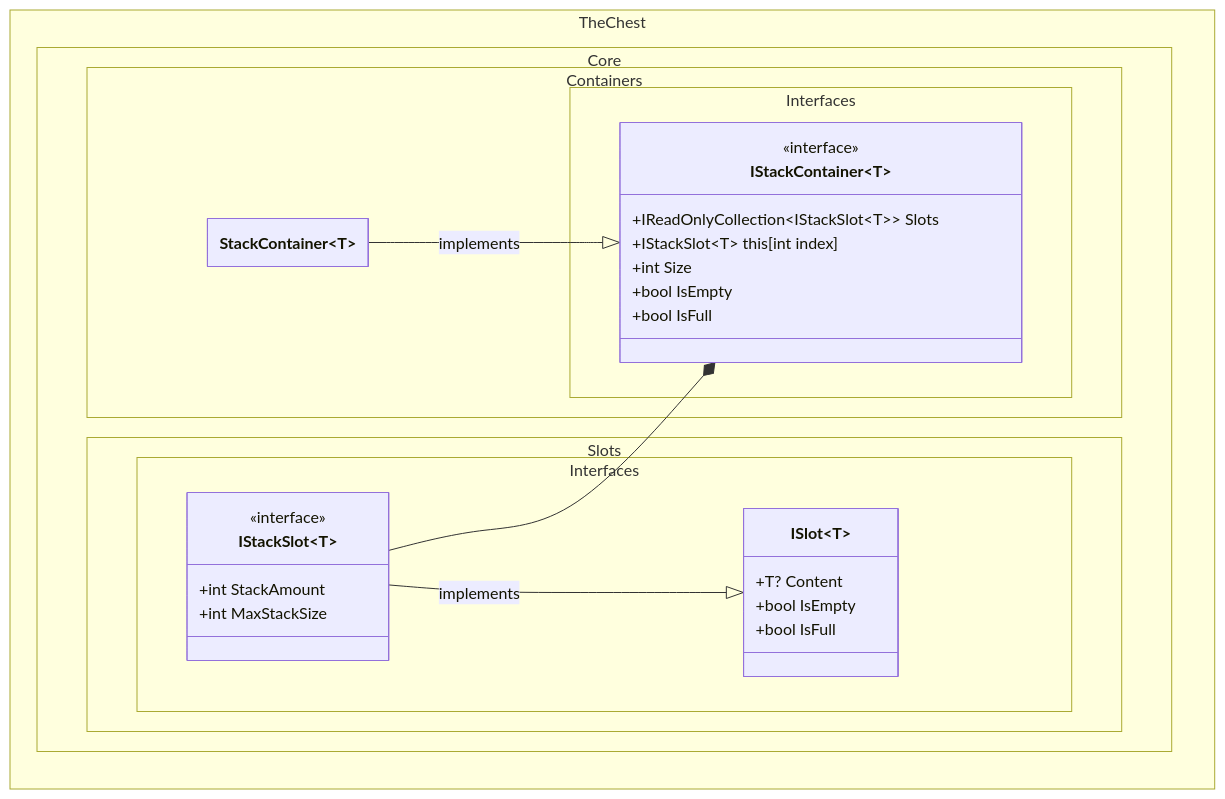
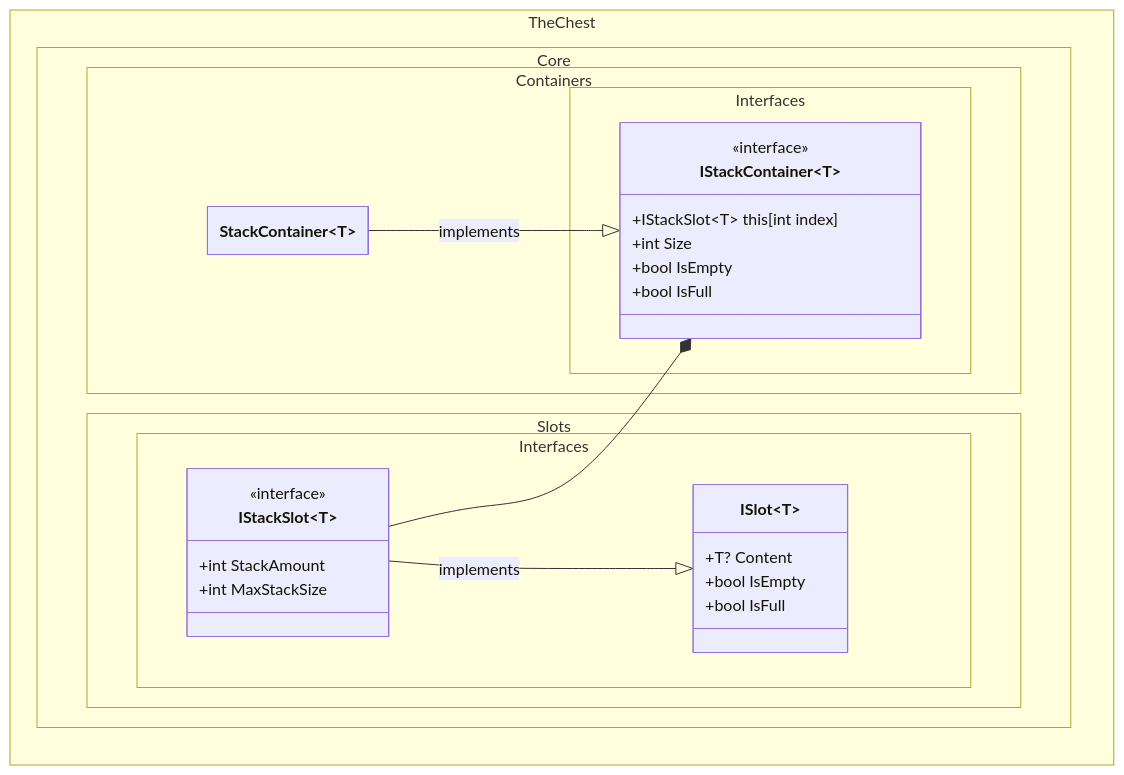
Before and after one commit to The-Chest/TheChest.Core: the second of 2 diagrams in docs/class_diagram.md, drawn with Mermaid. The commit also changed other lines of this file, not shown here.

Commit message:
Removes Slots from class_diagram docs

````diff
--- a/docs/class_diagram.md
+++ b/docs/class_diagram.md
@@ -55,42 +54,41 @@
 ```mermaid
 ---
 config:
   theme: mc
   look: classic
   class:
     hideEmptyMembersBox: true
 ---
 classDiagram
 direction BT
 	namespace TheChest.Core.Containers.Interfaces {
 		class IStackContainer~T~ {
-	        +IReadOnlyCollection~IStackSlot~T~~ Slots
 	        +IStackSlot~T~ this[int index]
 	        +int Size
 	        +bool IsEmpty
 	        +bool IsFull
         }
 	}
 	namespace TheChest.Core.Slots.Interfaces {
         class ISlot~T~ {
 	        +T? Content
 	        +bool IsEmpty
 	        +bool IsFull
         }
         class IStackSlot~T~ {
             +int StackAmount
             +int MaxStackSize
         }
 	}
 	namespace TheChest.Core.Containers {
 		class StackContainer~T~ {
         }
 	}
 
 	<<interface>> IStackContainer
     <<interface>> IStackSlot
 
     StackContainer --|> IStackContainer : implements
     IStackSlot --|> ISlot : implements
     IStackSlot --* IStackContainer
 ```
````
